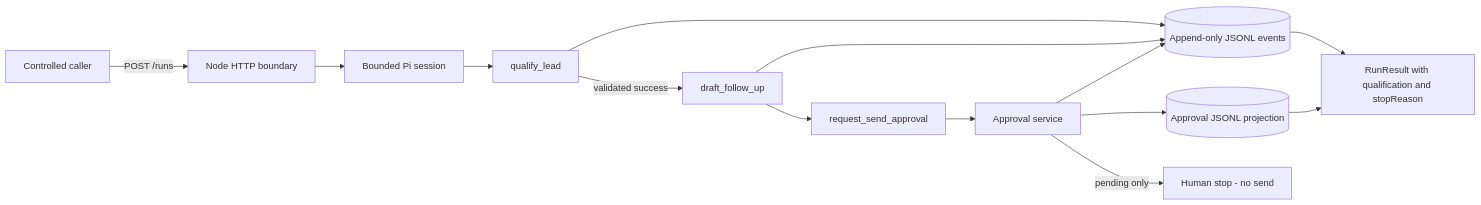
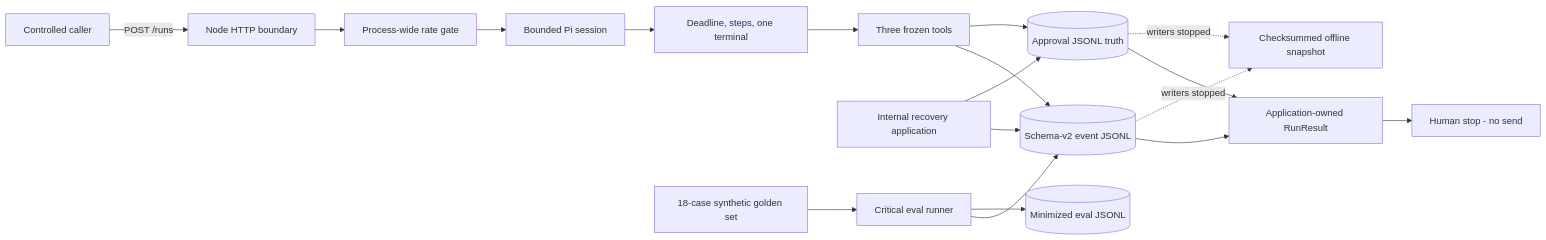
One commit to moshehbenavraham/production-agent-workshop changed the diagram in README.md. Above: the diagram before and after it, drawn with Mermaid. The commit also changed other lines of this file and 22 other files, not shown here.

````diff
--- a/README.md
+++ b/README.md
@@ -24,16 +30,20 @@
 ```mermaid
 flowchart LR
     Caller[Controlled caller] -->|POST /runs| HTTP[Node HTTP boundary]
-    HTTP --> Pi[Bounded Pi session]
-    Pi --> Q[qualify_lead]
-    Q -->|validated success| D[draft_follow_up]
-    D --> A[request_send_approval]
-    A --> Service[Approval service]
-    Service --> Approvals[(Approval JSONL projection)]
-    Q --> Events[(Append-only JSONL events)]
-    D --> Events
-    Service --> Events
-    Events --> Result[RunResult with qualification and stopReason]
+    HTTP --> Rate[Process-wide rate gate]
+    Rate --> Pi[Bounded Pi session]
+    Pi --> Lifecycle[Deadline, steps, one terminal]
+    Lifecycle --> Tools[Three frozen tools]
+    Tools --> Events[(Schema-v2 event JSONL)]
+    Tools --> Approvals[(Approval JSONL truth)]
+    Events --> Result[Application-owned RunResult]
     Approvals --> Result
-    Service -->|pending only| Stop[Human stop - no send]
+    Result --> Stop[Human stop - no send]
+    Recovery[Internal recovery application] --> Events
+    Recovery --> Approvals
+    Golden[18-case synthetic golden set] --> Eval[Critical eval runner]
+    Eval --> Events
+    Eval --> EvalArtifact[(Minimized eval JSONL)]
+    Events -. writers stopped .-> Snapshot[Checksummed offline snapshot]
+    Approvals -. writers stopped .-> Snapshot
 ```
````
